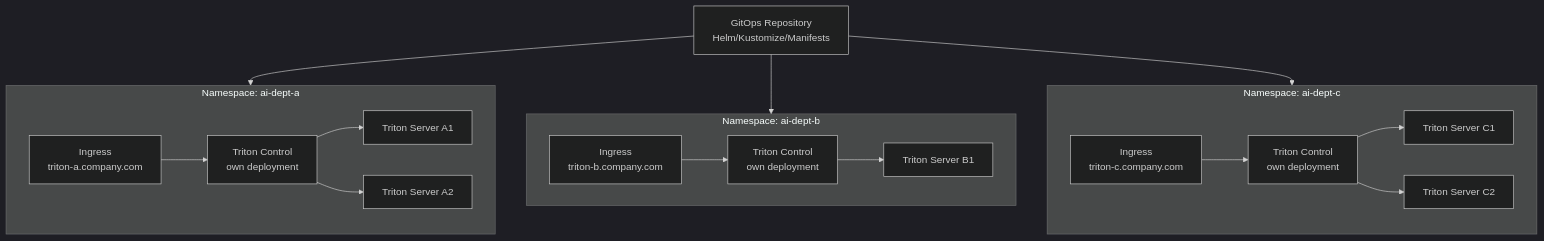
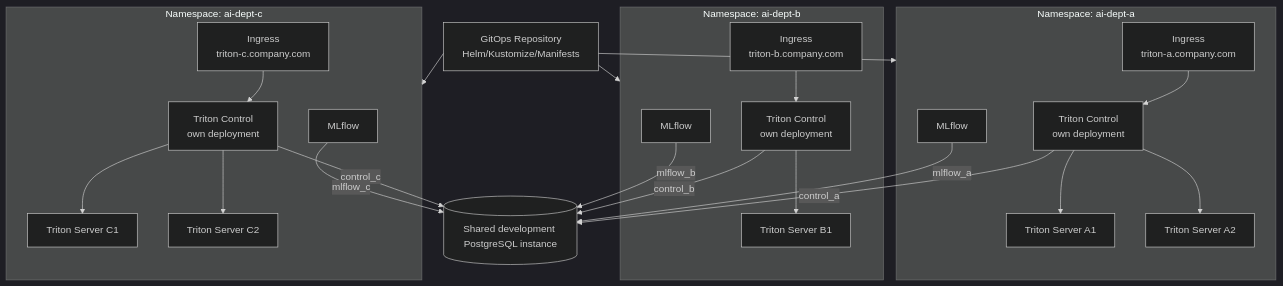
One commit to ai-lab-tech/triton-control changed the diagram in docs/deployment.md. Above: the diagram before and after it, drawn with Mermaid (dark theme). The commit also changed other lines of this file and 15 other files, not shown here.

````diff
--- a/docs/deployment.md
+++ b/docs/deployment.md
@@ -482,39 +485,50 @@
 ```mermaid
 flowchart TB
     GitOps[GitOps Repository<br/>Helm/Kustomize/Manifests]
 
     GitOps --> DeptA
     GitOps --> DeptB
     GitOps --> DeptC
 
     subgraph DeptA["Namespace: ai-dept-a"]
         TC_A[Triton Control<br/>own deployment]
+        ML_A[MLflow]
         ING_A[Ingress<br/>triton-a.company.com]
         TR_A1[Triton Server A1]
         TR_A2[Triton Server A2]
 
         ING_A --> TC_A
         TC_A --> TR_A1
         TC_A --> TR_A2
     end
 
     subgraph DeptB["Namespace: ai-dept-b"]
         TC_B[Triton Control<br/>own deployment]
+        ML_B[MLflow]
         ING_B[Ingress<br/>triton-b.company.com]
         TR_B1[Triton Server B1]
 
         ING_B --> TC_B
         TC_B --> TR_B1
     end
 
     subgraph DeptC["Namespace: ai-dept-c"]
         TC_C[Triton Control<br/>own deployment]
+        ML_C[MLflow]
         ING_C[Ingress<br/>triton-c.company.com]
         TR_C1[Triton Server C1]
         TR_C2[Triton Server C2]
 
         ING_C --> TC_C
         TC_C --> TR_C1
         TC_C --> TR_C2
     end
+
+    PG[(Shared development PostgreSQL instance)]
+    TC_A -->|control_a| PG
+    ML_A -->|mlflow_a| PG
+    TC_B -->|control_b| PG
+    ML_B -->|mlflow_b| PG
+    TC_C -->|control_c| PG
+    ML_C -->|mlflow_c| PG
 ```
````
